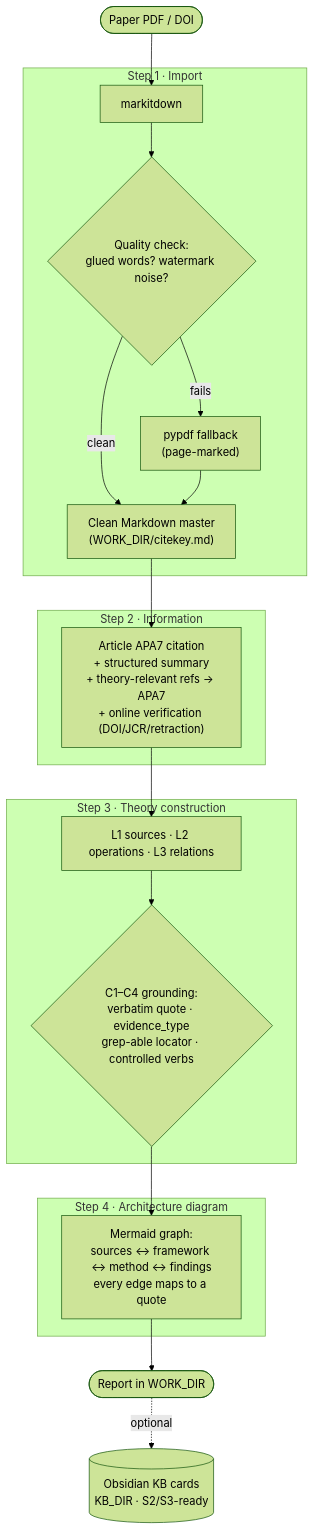
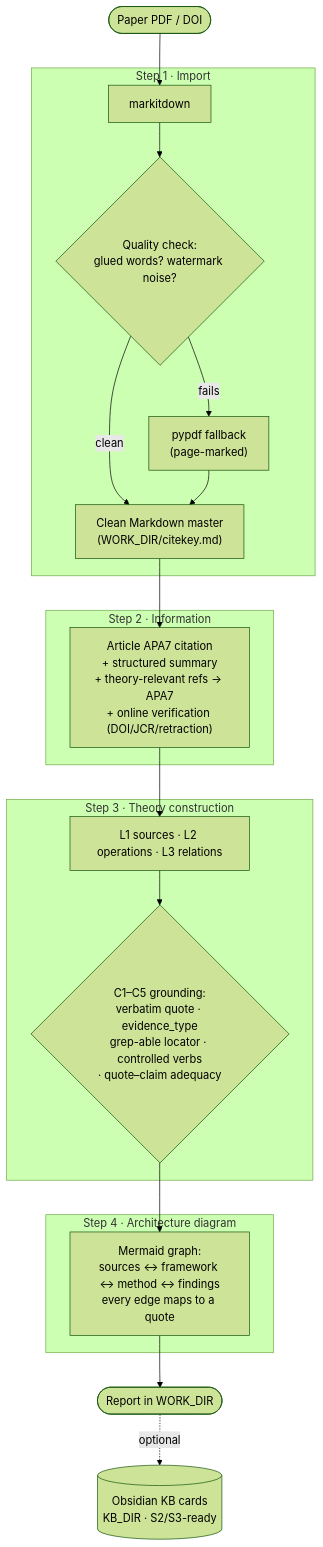
One commit to ganma0517/literature-single-paper-decompose changed the diagram in README.md. Above: the diagram before and after it, drawn with Mermaid (forest theme). The commit also changed other lines of this file and 12 other files, not shown here.

````diff
--- a/README.md
+++ b/README.md
@@ -21,29 +21,29 @@
 ```mermaid
 flowchart TD
     A([Paper PDF / DOI]) --> B
 
     subgraph S1["Step 1 · Import"]
       B["markitdown"] --> C{"Quality check:<br/>glued words? watermark noise?"}
       C -->|clean| E["Clean Markdown master<br/>(WORK_DIR/citekey.md)"]
       C -->|fails| D["pypdf fallback<br/>(page-marked)"] --> E
     end
 
     E --> F
     subgraph S2["Step 2 · Information"]
       F["Article APA7 citation<br/>+ structured summary<br/>+ theory-relevant refs → APA7<br/>+ online verification (DOI/JCR/retraction)"]
     end
 
     F --> G
     subgraph S3["Step 3 · Theory construction"]
       G["L1 sources · L2 operations · L3 relations"]
-      G --> H{"C1–C4 grounding:<br/>verbatim quote · evidence_type<br/>grep-able locator · controlled verbs"}
+      G --> H{"C1–C5 grounding:<br/>verbatim quote · evidence_type<br/>grep-able locator · controlled verbs<br/>· quote–claim adequacy"}
     end
 
     H --> I
     subgraph S4["Step 4 · Architecture diagram"]
       I["Mermaid graph:<br/>sources ↔ framework ↔ method ↔ findings<br/>every edge maps to a quote"]
     end
 
     I --> J([Report in WORK_DIR])
     J -.optional.-> K[("Obsidian KB cards<br/>KB_DIR · S2/S3-ready")]
 ```
````
